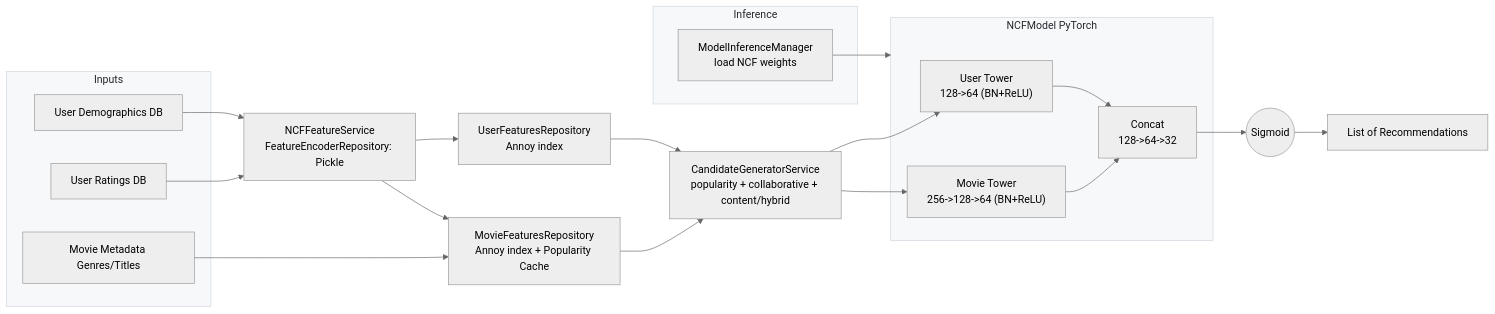
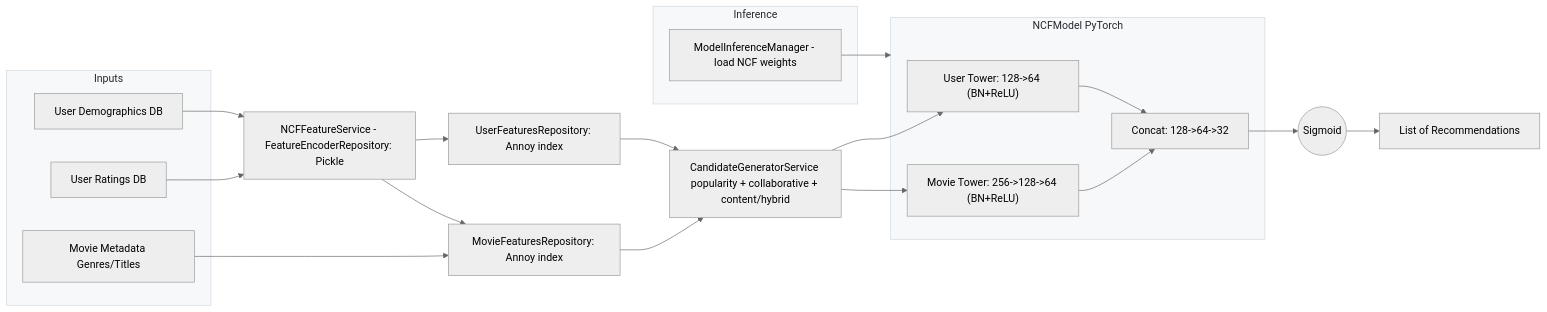
Before and after one commit to ktakanopy/recommendation-ai: the first of 2 diagrams in neural_recommendation/README.md, drawn with Mermaid (neutral theme).

Commit message:
fix: readme archictecture

````diff
--- a/neural_recommendation/README.md
+++ b/neural_recommendation/README.md
@@ -32,46 +32,46 @@
 ```mermaid
 flowchart LR
     subgraph Inputs
         U[User Demographics DB]
         R[User Ratings DB]
         MM[Movie Metadata Genres/Titles]
     end
 
-    FE[NCFFeatureService\nFeatureEncoderRepository: Pickle]
-    UF[UserFeaturesRepository\nAnnoy index]
-    MF[MovieFeaturesRepository\nAnnoy index + Popularity Cache]
-    CG[CandidateGeneratorService\npopularity + collaborative + content/hybrid]
+    FE[NCFFeatureService - FeatureEncoderRepository: Pickle]
+    UF[UserFeaturesRepository: Annoy index]
+    MF[MovieFeaturesRepository: Annoy index ]
+    CG[CandidateGeneratorService popularity + collaborative + content/hybrid]
     OUT[List of Recommendations]
 
     U --> FE
     R --> FE
     FE --> UF
     FE --> MF
     MM --> MF
     UF --> CG
     MF --> CG
 
     subgraph NCF[NCFModel PyTorch]
-        NCFU["User Tower\n128->64 (BN+ReLU)"]
-        NCFM["Movie Tower\n256->128->64 (BN+ReLU)"]
-        NCFX["Concat\n128->64->32"]
+        NCFU["User Tower: 128->64 (BN+ReLU)"]
+        NCFM["Movie Tower: 256->128->64 (BN+ReLU)"]
+        NCFX["Concat: 128->64->32"]
     end
 
     SIG((Sigmoid))
 
     CG --> NCFU
     CG --> NCFM
     NCFU --> NCFX
     NCFM --> NCFX
     NCFX --> SIG
     SIG --> OUT
 
     subgraph Inference
-        LM[ModelInferenceManager\nload NCF weights]
+        LM[ModelInferenceManager - load NCF weights]
     end
     LM --> NCF
 
     classDef layer fill:#f6f8fa,stroke:#d0d7de,color:#24292e
     class Inputs,NCF,Inference layer
 
 ```
````
